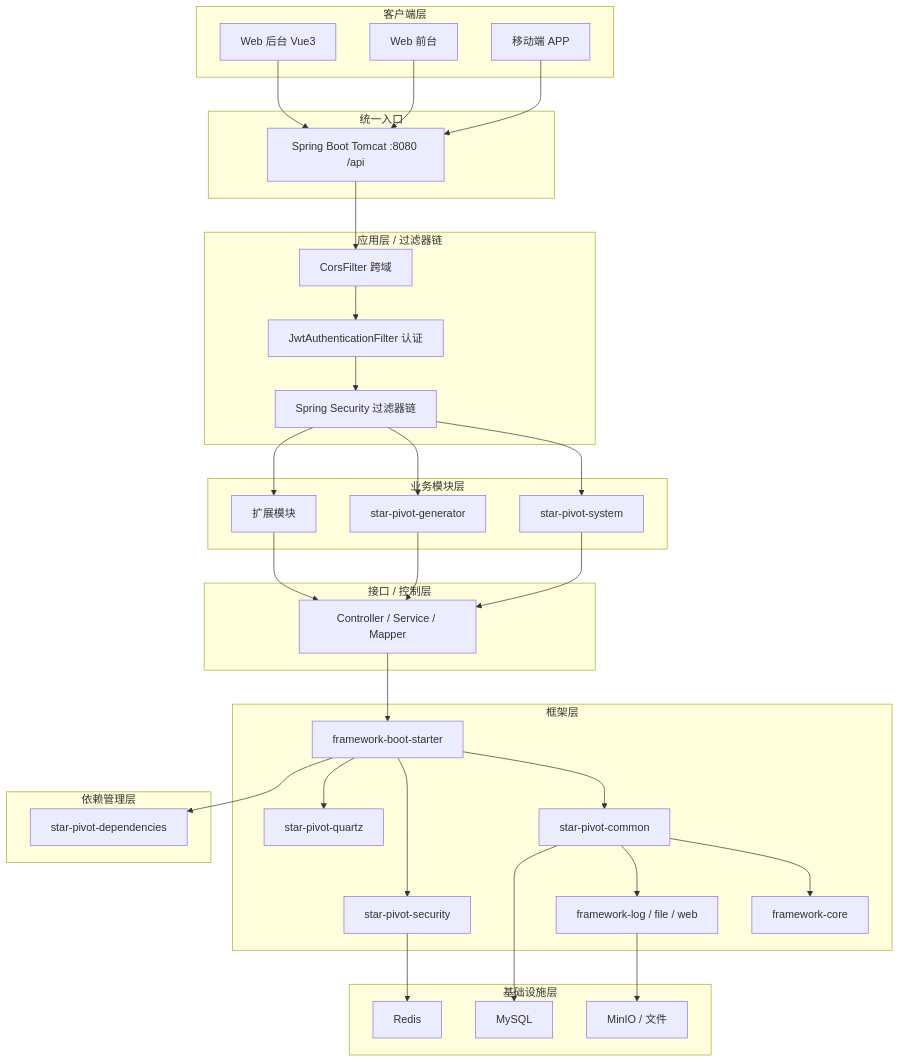
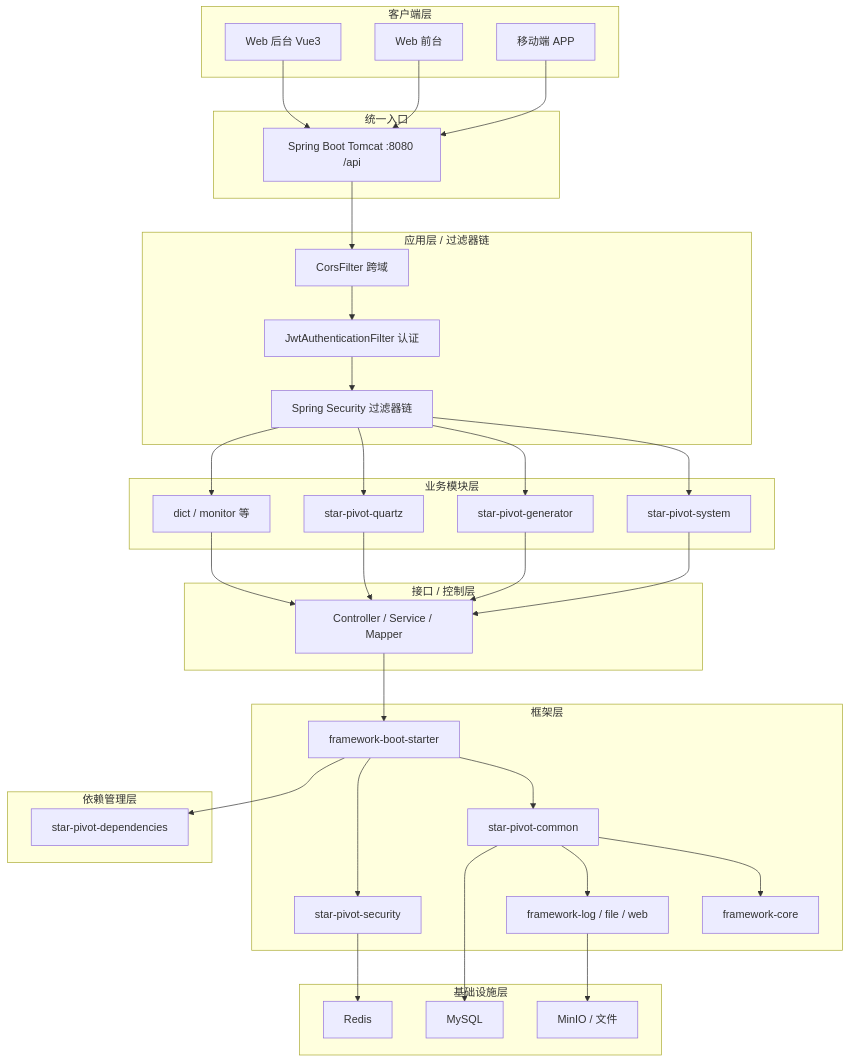
The first of 5 diagrams in README.md (xinxin-star1998/star-pivot), drawn with Mermaid before and after one commit. The commit also changed other lines of this file and 23 other files, not shown here.

````diff
--- a/README.md
+++ b/README.md
@@ -67,69 +69,70 @@
 ```mermaid
 flowchart TB
     subgraph Client["客户端层"]
         Web1[Web 后台 Vue3]
         Web2[Web 前台]
         App[移动端 APP]
     end
 
     subgraph Entry["统一入口"]
         Tomcat["Spring Boot Tomcat :8080 /api"]
     end
 
     subgraph AppLayer["应用层 / 过滤器链"]
         F1["CorsFilter 跨域"]
         F2["JwtAuthenticationFilter 认证"]
         F3["Spring Security 过滤器链"]
         F1 --> F2 --> F3
     end
 
     subgraph Biz["业务模块层"]
         M1["star-pivot-system"]
         M2["star-pivot-generator"]
-        M3["扩展模块"]
+        M3["star-pivot-quartz"]
+        M4["dict / monitor 等"]
     end
 
     subgraph API["接口 / 控制层"]
         A1["Controller / Service / Mapper"]
     end
 
     subgraph Framework["框架层"]
         FW1["framework-core"]
         FW2["framework-log / file / web"]
         FW3["star-pivot-common"]
         FW4["star-pivot-security"]
-        FW5["star-pivot-quartz"]
-        FW6["framework-boot-starter"]
+        FW5["framework-boot-starter"]
     end
 
     subgraph Dep["依赖管理层"]
         BOM["star-pivot-dependencies"]
     end
 
     subgraph Infra["基础设施层"]
         MySQL["MySQL"]
         Redis["Redis"]
         MinIO["MinIO / 文件"]
     end
 
     Web1 --> Tomcat
     Web2 --> Tomcat
     App --> Tomcat
     Tomcat --> F1
     F3 --> M1
     F3 --> M2
     F3 --> M3
+    F3 --> M4
     M1 --> A1
     M2 --> A1
     M3 --> A1
-    A1 --> FW6
-    FW6 --> FW3
-    FW6 --> FW4
-    FW6 --> FW5
+    M4 --> A1
+    A1 --> FW5
+    FW5 --> FW3
+    FW5 --> FW4
     FW3 --> FW1
     FW3 --> FW2
-    FW6 --> BOM
+    FW5 --> BOM
     FW3 --> MySQL
     FW4 --> Redis
     FW2 --> MinIO
 ```
````
